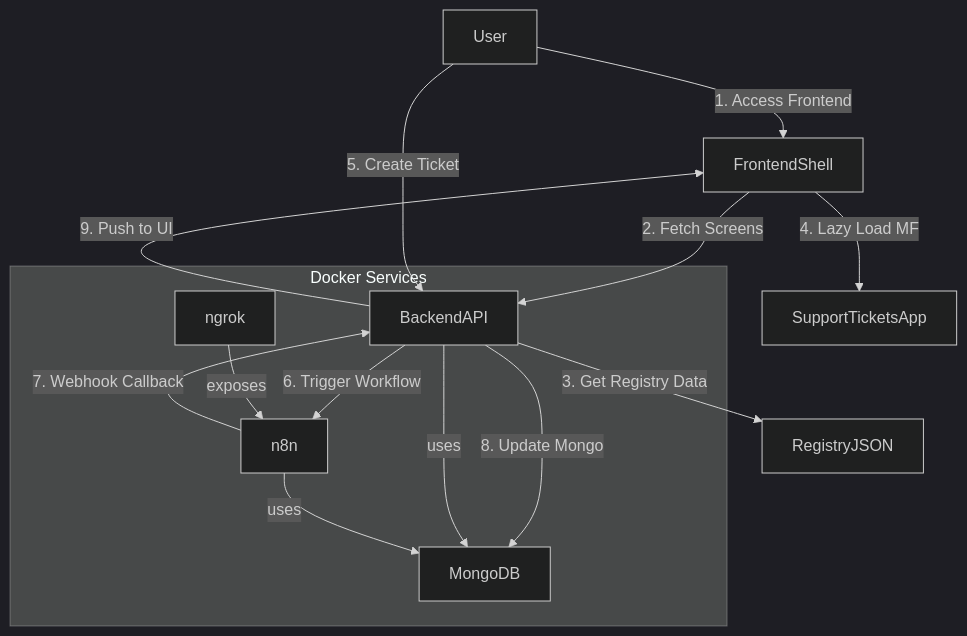
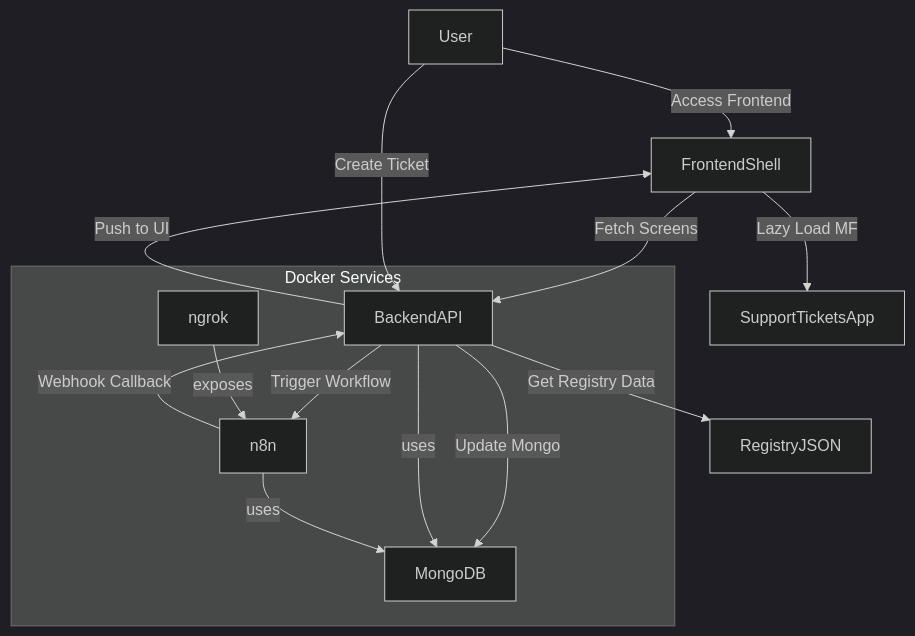
The diagram in README.md (mdsadiqueshakeel/FlowSync), drawn with Mermaid (dark theme) before and after one commit.

Commit message:
documentation done with diagram

````diff
--- a/README.md
+++ b/README.md
@@ -85,21 +85,21 @@
 ```mermaid
 graph TD
-    User --> |1. Access Frontend| FrontendShell
-    FrontendShell --> |2. Fetch Screens| BackendAPI
-    BackendAPI --> |3. Get Registry Data| RegistryJSON
-    FrontendShell --> |4. Lazy Load MF| SupportTicketsApp
-    User --> |5. Create Ticket| BackendAPI
-    BackendAPI --> |6. Trigger Workflow| n8n
-    n8n --> |7. Webhook Callback| BackendAPI
-    BackendAPI --> |8. Update Mongo| MongoDB
-    BackendAPI --> |9. Push to UI| FrontendShell
+    User --> | Access Frontend| FrontendShell
+    FrontendShell --> | Fetch Screens| BackendAPI
+    BackendAPI --> | Get Registry Data| RegistryJSON
+    FrontendShell --> | Lazy Load MF| SupportTicketsApp
+    User --> | Create Ticket| BackendAPI
+    BackendAPI --> | Trigger Workflow| n8n
+    n8n --> | Webhook Callback| BackendAPI
+    BackendAPI --> | Update Mongo| MongoDB
+    BackendAPI --> | Push to UI| FrontendShell
     subgraph Docker Services
         MongoDB
         BackendAPI
         n8n
         ngrok
     end
     BackendAPI -- uses --> MongoDB
     n8n -- uses --> MongoDB
     ngrok -- exposes --> n8n
 ```
````
